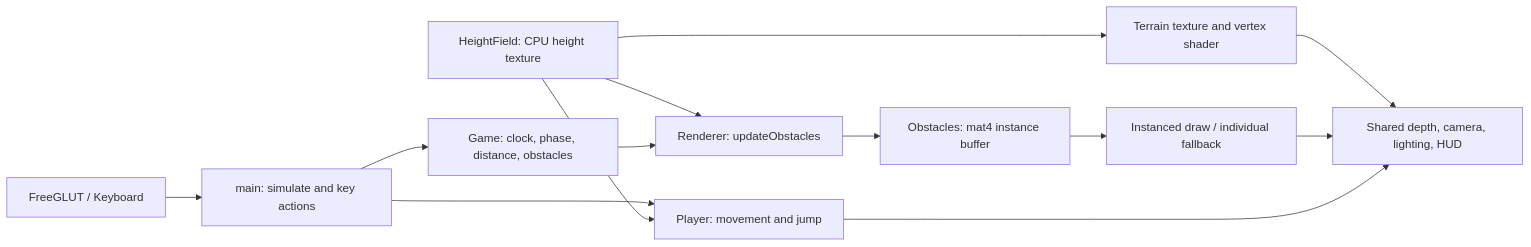
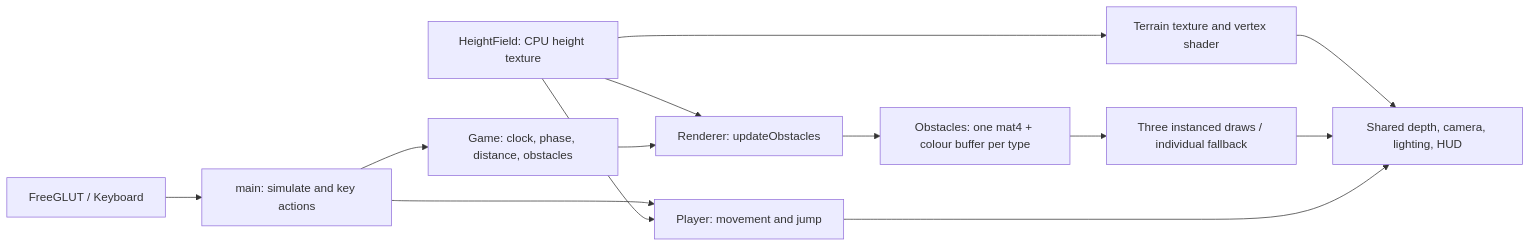
Before and after one commit to nneznauu/cg-endless-runner: the diagram in docs/INTEGRATION.md, drawn with Mermaid. The commit also changed other lines of this file and 2 other files, not shown here.

````diff
--- a/docs/INTEGRATION.md
+++ b/docs/INTEGRATION.md
@@ -5,15 +5,15 @@
 ```mermaid
 flowchart LR
   Input[FreeGLUT / Keyboard] --> Main[main: simulate and key actions]
   Main --> Game[Game: clock, phase, distance, obstacles]
   Main --> Player[Player: movement and jump]
   Height[HeightField: CPU height texture] --> Player
   Height --> Placement[Renderer: updateObstacles]
   Game --> Placement
-  Placement --> Instances[Obstacles: mat4 instance buffer]
+  Placement --> Instances[Obstacles: one mat4 + colour buffer per type]
   Height --> Terrain[Terrain texture and vertex shader]
-  Instances --> Draw[Instanced draw / individual fallback]
+  Instances --> Draw[Three instanced draws / individual fallback]
   Terrain --> Scene[Shared depth, camera, lighting, HUD]
   Draw --> Scene
   Player --> Scene
 ```
````
